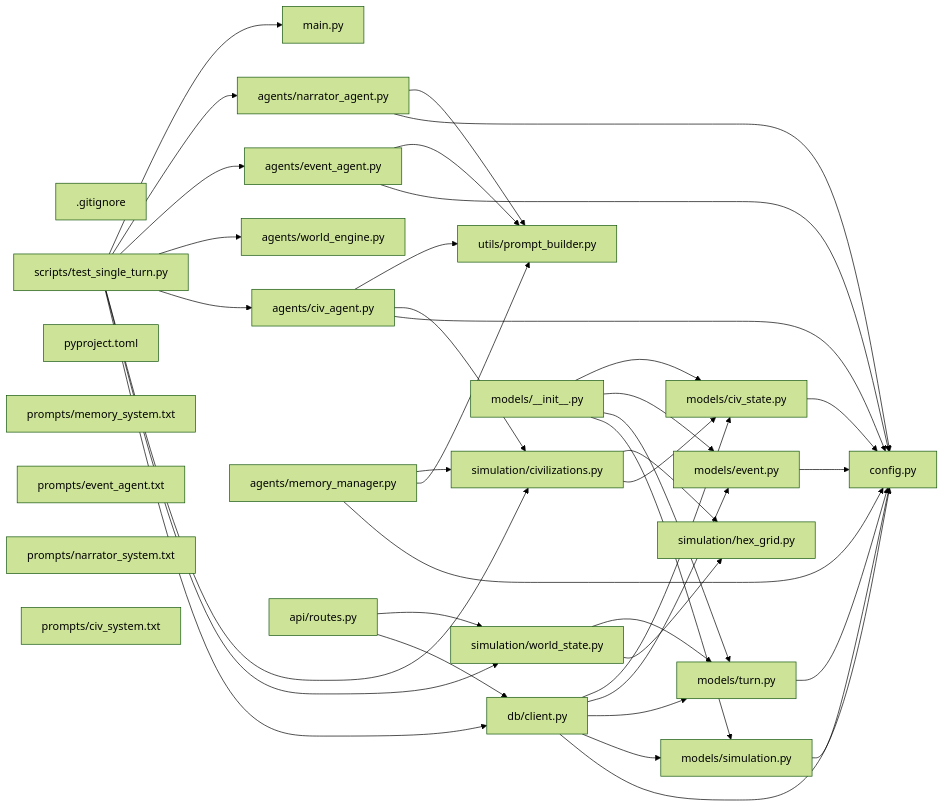
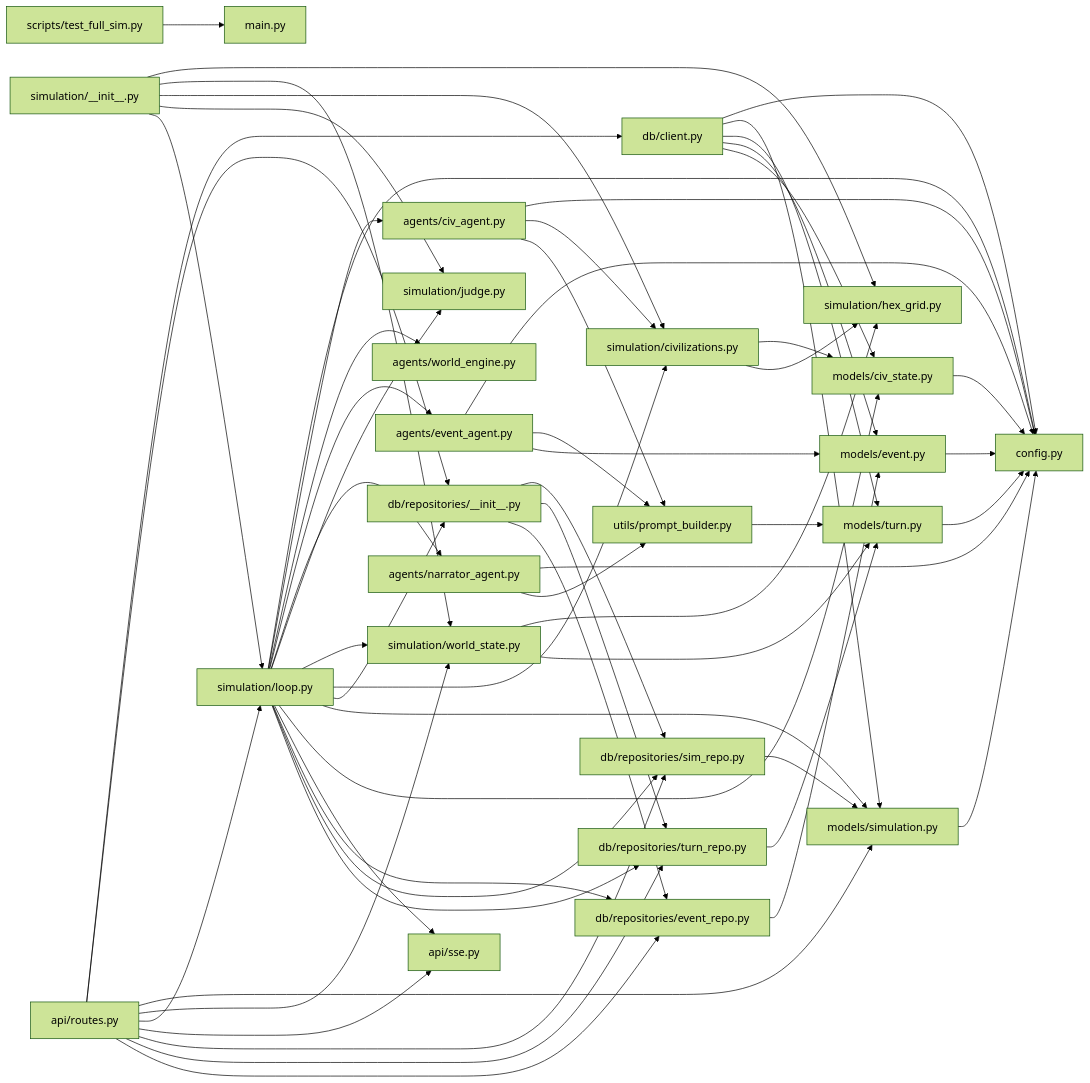
One commit to madhavv-xd/civilex changed the diagram in backend/CONTEXT.md. Above: the diagram before and after it, drawn with Mermaid (forest theme). The commit also changed other lines of this file and 4 other files, not shown here.

````diff
--- a/backend/CONTEXT.md
+++ b/backend/CONTEXT.md
@@ -435,65 +575,86 @@
 ```mermaid
 graph LR
     f0["config.py"]
-    f1["utils/prompt_builder.py"]
-    f2["models/civ_state.py"]
-    f3["main.py"]
-    f4["simulation/civilizations.py"]
-    f5["simulation/hex_grid.py"]
-    f6["db/client.py"]
-    f7["models/turn.py"]
-    f8[".gitignore"]
-    f9["simulation/world_state.py"]
-    f10["models/event.py"]
-    f11["models/simulation.py"]
-    f12["agents/narrator_agent.py"]
-    f13["agents/event_agent.py"]
-    f14["agents/civ_agent.py"]
-    f15["agents/world_engine.py"]
-    f16["scripts/test_single_turn.py"]
-    f17["agents/memory_manager.py"]
-    f18["pyproject.toml"]
-    f19["prompts/memory_system.txt"]
-    f20["prompts/event_agent.txt"]
-    f21["prompts/narrator_system.txt"]
-    f22["prompts/civ_system.txt"]
-    f23["models/__init__.py"]
-    f24["api/routes.py"]
+    f1["models/civ_state.py"]
+    f2["models/turn.py"]
+    f3["models/event.py"]
+    f4["models/simulation.py"]
+    f5["main.py"]
+    f6["simulation/civilizations.py"]
+    f7["db/repositories/event_repo.py"]
+    f8["db/repositories/turn_repo.py"]
+    f9["db/repositories/sim_repo.py"]
+    f10["simulation/world_state.py"]
+    f11["simulation/hex_grid.py"]
+    f12["db/client.py"]
+    f13["utils/prompt_builder.py"]
+    f14["simulation/loop.py"]
+    f15["db/repositories/__init__.py"]
+    f16["api/sse.py"]
+    f17["simulation/judge.py"]
+    f18["scripts/test_full_sim.py"]
+    f19["api/routes.py"]
+    f20["agents/narrator_agent.py"]
+    f21["agents/event_agent.py"]
+    f22["agents/civ_agent.py"]
+    f23["agents/world_engine.py"]
+    f24["simulation/__init__.py"]
+    f1 --> f0
     f2 --> f0
-    f4 --> f5
-    f4 --> f2
-    f6 --> f2
-    f6 --> f10
-    f6 --> f7
+    f3 --> f0
+    f4 --> f0
     f6 --> f11
-    f6 --> f0
-    f7 --> f0
-    f9 --> f7
-    f9 --> f5
-    f10 --> f0
-    f11 --> f0
+    f6 --> f1
+    f7 --> f3
+    f8 --> f2
+    f9 --> f4
+    f10 --> f2
+    f10 --> f11
     f12 --> f1
+    f12 --> f3
+    f12 --> f2
+    f12 --> f4
     f12 --> f0
-    f13 --> f1
-    f13 --> f0
+    f13 --> f2
+    f14 --> f8
+    f14 --> f9
+    f14 --> f7
+    f14 --> f16
     f14 --> f1
     f14 --> f4
+    f14 --> f15
+    f14 --> f6
+    f14 --> f10
+    f14 --> f17
+    f14 --> f20
+    f14 --> f21
+    f14 --> f23
+    f14 --> f22
     f14 --> f0
-    f16 --> f3
-    f16 --> f12
-    f16 --> f13
-    f16 --> f15
-    f16 --> f14
-    f16 --> f4
-    f16 --> f9
-    f16 --> f6
-    f17 --> f4
-    f17 --> f1
-    f17 --> f0
-    f23 --> f2
-    f23 --> f10
-    f23 --> f7
-    f23 --> f11
-    f24 --> f9
+    f15 --> f7
+    f15 --> f8
+    f15 --> f9
+    f18 --> f5
+    f19 --> f7
+    f19 --> f8
+    f19 --> f9
+    f19 --> f16
+    f19 --> f14
+    f19 --> f10
+    f19 --> f4
+    f19 --> f15
+    f19 --> f12
+    f20 --> f13
+    f20 --> f0
+    f21 --> f3
+    f21 --> f13
+    f21 --> f0
+    f22 --> f13
+    f22 --> f6
+    f22 --> f0
+    f24 --> f14
+    f24 --> f17
     f24 --> f6
+    f24 --> f10
+    f24 --> f11
 ```
````
